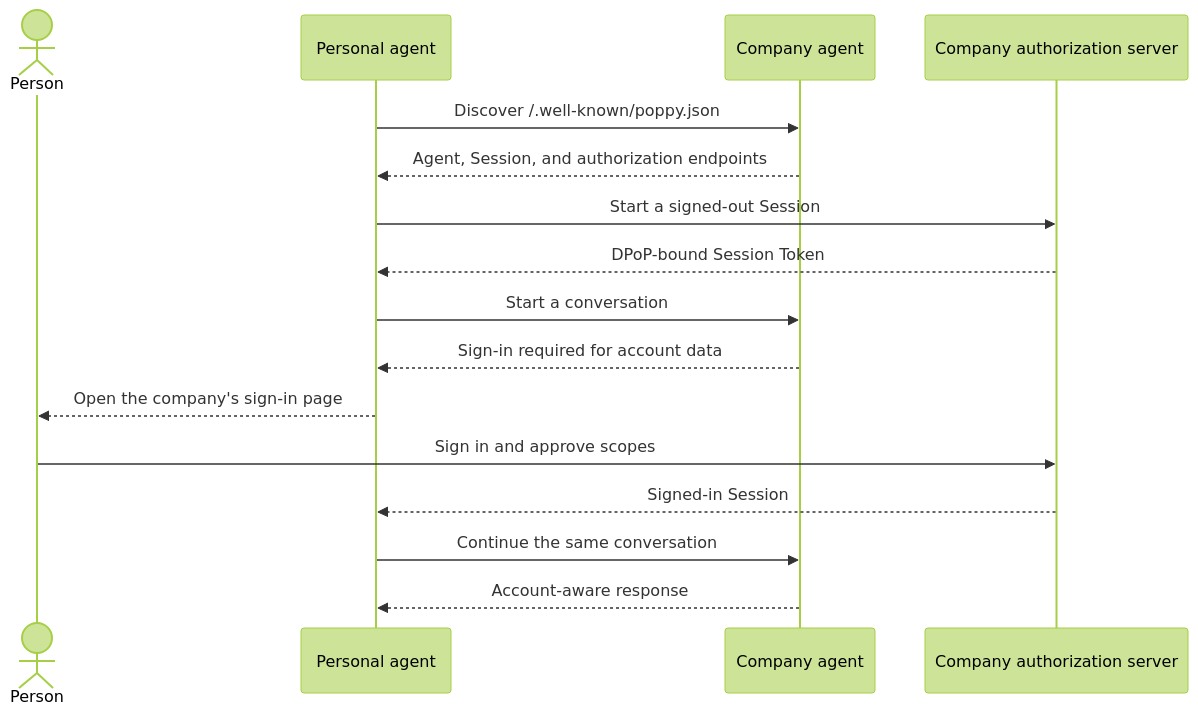
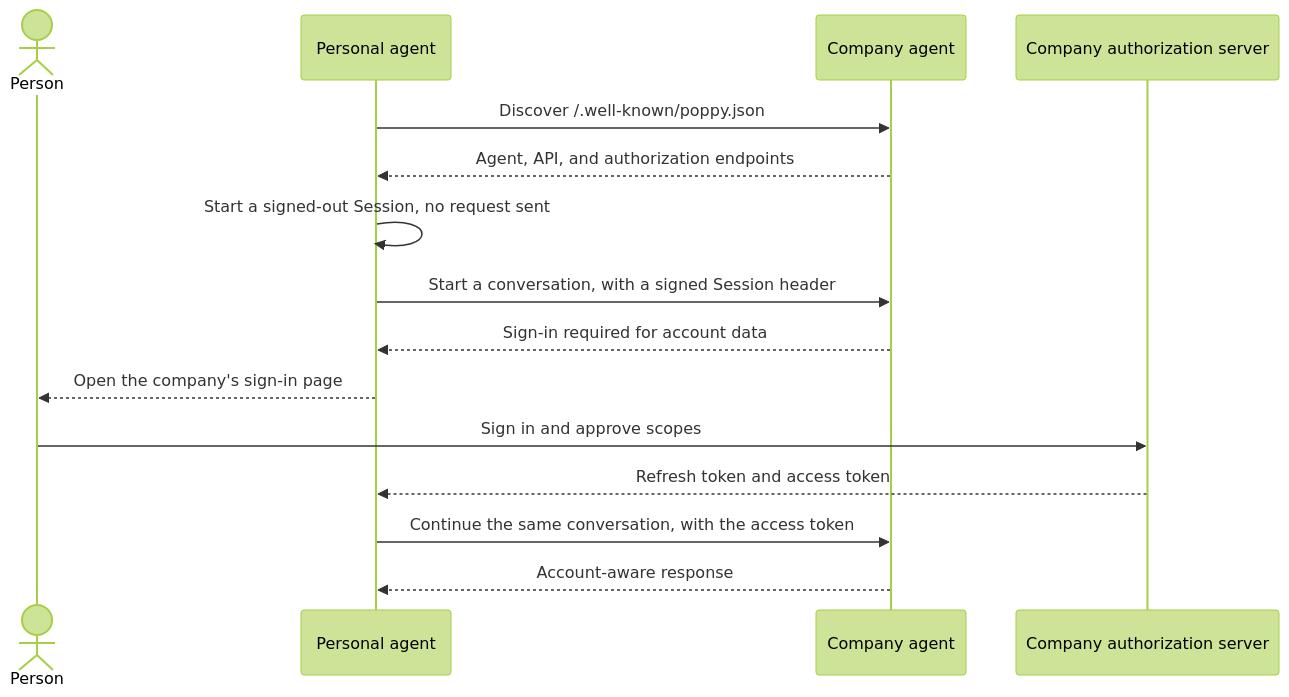
Before and after one commit to datalayer/personal-agent-protocol: the diagram in README.md, drawn with Mermaid (forest theme). The commit also changed other lines of this file and 34 other files, not shown here.

Commit message:
Docs: guides, concepts, security, SDK and status pages at draft 0.3; the cryptography guide says what blind signing gives up and what the SDKs do about DPoP; the API references and coverage regenerated

````diff
--- a/README.md
+++ b/README.md
@@ -42,19 +42,18 @@
 ```mermaid
 sequenceDiagram
     actor Person
     participant PA as Personal agent
     participant Company as Company agent
     participant Auth as Company authorization server
 
     PA->>Company: Discover /.well-known/poppy.json
-    Company-->>PA: Agent, Session, and authorization endpoints
-    PA->>Auth: Start a signed-out Session
-    Auth-->>PA: DPoP-bound Session Token
-    PA->>Company: Start a conversation
+    Company-->>PA: Agent, API, and authorization endpoints
+    PA->>PA: Start a signed-out Session, no request sent
+    PA->>Company: Start a conversation, with a signed Session header
     Company-->>PA: Sign-in required for account data
     PA-->>Person: Open the company's sign-in page
     Person->>Auth: Sign in and approve scopes
-    Auth-->>PA: Signed-in Session
-    PA->>Company: Continue the same conversation
+    Auth-->>PA: Refresh token and access token
+    PA->>Company: Continue the same conversation, with the access token
     Company-->>PA: Account-aware response
 ```
````
